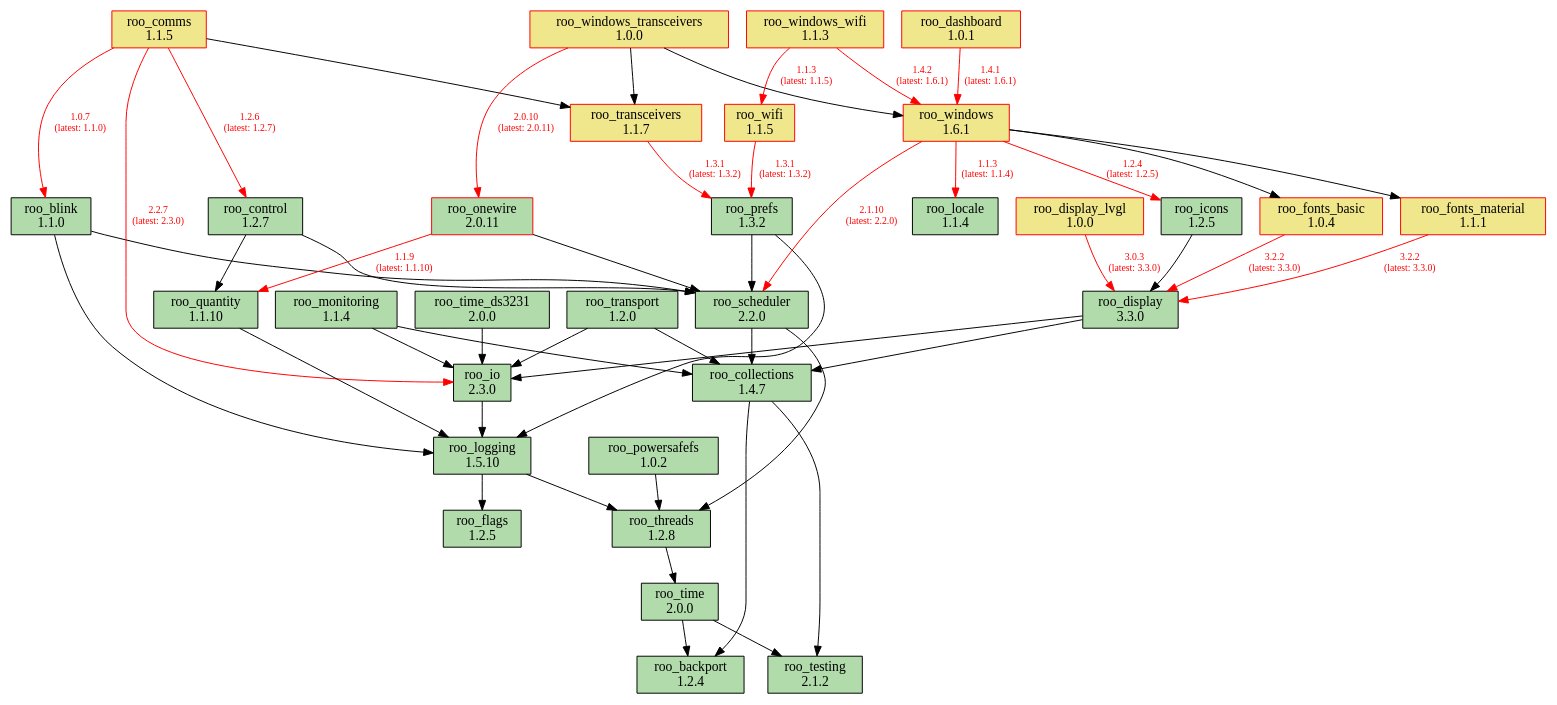
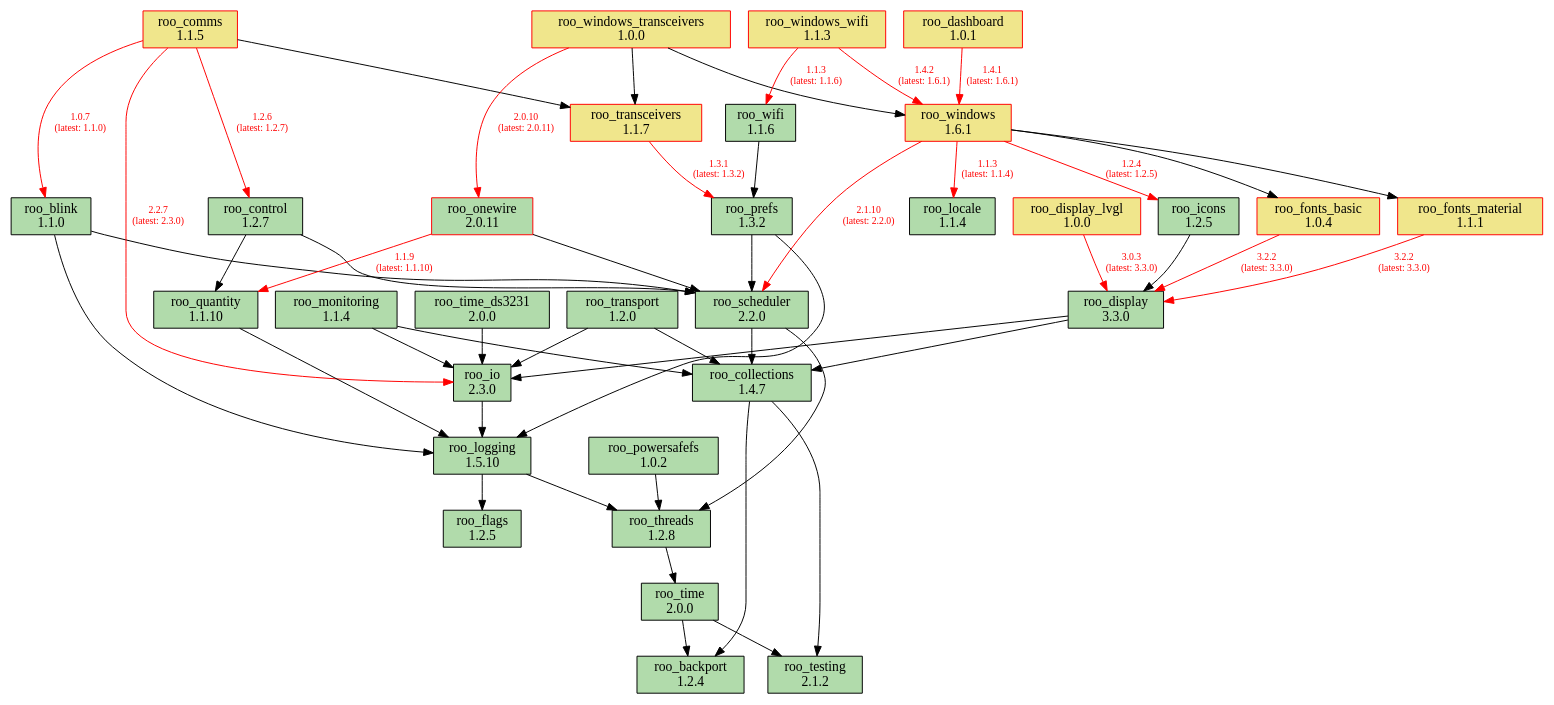
One commit to dejwk/roo-registry changed the diagram in doc/dependencies.dot. Above: the diagram before and after it, drawn with Graphviz. The commit also changed 3 other files, not shown here.

Commit message:
Added roo_wifi 1.1.6 to the registry.

```diff
--- a/doc/dependencies.dot
+++ b/doc/dependencies.dot
@@ -1,88 +1,88 @@
 digraph dependencies {
     rankdir=TB;
     node [shape=box, style=filled];
     edge [fontsize=10];
 
     // Modules
     "roo_backport" [label="roo_backport\n1.2.4", fillcolor="#b1dbab", color="black"];
     "roo_blink" [label="roo_blink\n1.1.0", fillcolor="#b1dbab", color="black"];
     "roo_collections" [label="roo_collections\n1.4.7", fillcolor="#b1dbab", color="black"];
     "roo_comms" [label="roo_comms\n1.1.5", fillcolor="khaki", color="red"];
     "roo_control" [label="roo_control\n1.2.7", fillcolor="#b1dbab", color="black"];
     "roo_dashboard" [label="roo_dashboard\n1.0.1", fillcolor="khaki", color="red"];
     "roo_display" [label="roo_display\n3.3.0", fillcolor="#b1dbab", color="black"];
     "roo_display_lvgl" [label="roo_display_lvgl\n1.0.0", fillcolor="khaki", color="red"];
     "roo_flags" [label="roo_flags\n1.2.5", fillcolor="#b1dbab", color="black"];
     "roo_fonts_basic" [label="roo_fonts_basic\n1.0.4", fillcolor="khaki", color="red"];
     "roo_fonts_material" [label="roo_fonts_material\n1.1.1", fillcolor="khaki", color="red"];
     "roo_icons" [label="roo_icons\n1.2.5", fillcolor="#b1dbab", color="black"];
     "roo_io" [label="roo_io\n2.3.0", fillcolor="#b1dbab", color="black"];
     "roo_locale" [label="roo_locale\n1.1.4", fillcolor="#b1dbab", color="black"];
     "roo_logging" [label="roo_logging\n1.5.10", fillcolor="#b1dbab", color="black"];
     "roo_monitoring" [label="roo_monitoring\n1.1.4", fillcolor="#b1dbab", color="black"];
     "roo_onewire" [label="roo_onewire\n2.0.11", fillcolor="#b1dbab", color="red"];
     "roo_powersafefs" [label="roo_powersafefs\n1.0.2", fillcolor="#b1dbab", color="black"];
     "roo_prefs" [label="roo_prefs\n1.3.2", fillcolor="#b1dbab", color="black"];
     "roo_quantity" [label="roo_quantity\n1.1.10", fillcolor="#b1dbab", color="black"];
     "roo_scheduler" [label="roo_scheduler\n2.2.0", fillcolor="#b1dbab", color="black"];
     "roo_testing" [label="roo_testing\n2.1.2", fillcolor="#b1dbab", color="black"];
     "roo_threads" [label="roo_threads\n1.2.8", fillcolor="#b1dbab", color="black"];
     "roo_time" [label="roo_time\n2.0.0", fillcolor="#b1dbab", color="black"];
     "roo_time_ds3231" [label="roo_time_ds3231\n2.0.0", fillcolor="#b1dbab", color="black"];
     "roo_transceivers" [label="roo_transceivers\n1.1.7", fillcolor="khaki", color="red"];
     "roo_transport" [label="roo_transport\n1.2.0", fillcolor="#b1dbab", color="black"];
-    "roo_wifi" [label="roo_wifi\n1.1.5", fillcolor="khaki", color="red"];
+    "roo_wifi" [label="roo_wifi\n1.1.6", fillcolor="#b1dbab", color="black"];
     "roo_windows" [label="roo_windows\n1.6.1", fillcolor="khaki", color="red"];
     "roo_windows_transceivers" [label="roo_windows_transceivers\n1.0.0", fillcolor="khaki", color="red"];
     "roo_windows_wifi" [label="roo_windows_wifi\n1.1.3", fillcolor="khaki", color="red"];
 
     // Dependencies
     "roo_blink" -> "roo_logging";
     "roo_blink" -> "roo_scheduler";
     "roo_collections" -> "roo_testing";
     "roo_collections" -> "roo_backport";
     "roo_comms" -> "roo_blink" [color=red, fontcolor=red, label="1.0.7\n(latest: 1.1.0)"];
     "roo_comms" -> "roo_control" [color=red, fontcolor=red, label="1.2.6\n(latest: 1.2.7)"];
     "roo_comms" -> "roo_io" [color=red, fontcolor=red, label="2.2.7\n(latest: 2.3.0)"];
     "roo_comms" -> "roo_transceivers";
     "roo_control" -> "roo_quantity";
     "roo_control" -> "roo_scheduler";
     "roo_dashboard" -> "roo_windows" [color=red, fontcolor=red, label="1.4.1\n(latest: 1.6.1)"];
     "roo_display" -> "roo_collections";
     "roo_display" -> "roo_io";
     "roo_display_lvgl" -> "roo_display" [color=red, fontcolor=red, label="3.0.3\n(latest: 3.3.0)"];
     "roo_fonts_basic" -> "roo_display" [color=red, fontcolor=red, label="3.2.2\n(latest: 3.3.0)"];
     "roo_fonts_material" -> "roo_display" [color=red, fontcolor=red, label="3.2.2\n(latest: 3.3.0)"];
     "roo_icons" -> "roo_display";
     "roo_io" -> "roo_logging";
     "roo_logging" -> "roo_flags";
     "roo_logging" -> "roo_threads";
     "roo_monitoring" -> "roo_collections";
     "roo_monitoring" -> "roo_io";
     "roo_onewire" -> "roo_scheduler";
     "roo_onewire" -> "roo_quantity" [color=red, fontcolor=red, label="1.1.9\n(latest: 1.1.10)"];
     "roo_powersafefs" -> "roo_threads";
     "roo_prefs" -> "roo_logging";
     "roo_prefs" -> "roo_scheduler";
     "roo_quantity" -> "roo_logging";
     "roo_scheduler" -> "roo_collections";
     "roo_scheduler" -> "roo_threads";
     "roo_threads" -> "roo_time";
     "roo_time" -> "roo_testing";
     "roo_time" -> "roo_backport";
     "roo_time_ds3231" -> "roo_io";
     "roo_transceivers" -> "roo_prefs" [color=red, fontcolor=red, label="1.3.1\n(latest: 1.3.2)"];
     "roo_transport" -> "roo_collections";
     "roo_transport" -> "roo_io";
-    "roo_wifi" -> "roo_prefs" [color=red, fontcolor=red, label="1.3.1\n(latest: 1.3.2)"];
+    "roo_wifi" -> "roo_prefs";
     "roo_windows" -> "roo_fonts_basic";
     "roo_windows" -> "roo_fonts_material";
     "roo_windows" -> "roo_locale" [color=red, fontcolor=red, label="1.1.3\n(latest: 1.1.4)"];
     "roo_windows" -> "roo_icons" [color=red, fontcolor=red, label="1.2.4\n(latest: 1.2.5)"];
     "roo_windows" -> "roo_scheduler" [color=red, fontcolor=red, label="2.1.10\n(latest: 2.2.0)"];
     "roo_windows_transceivers" -> "roo_onewire" [color=red, fontcolor=red, label="2.0.10\n(latest: 2.0.11)"];
     "roo_windows_transceivers" -> "roo_transceivers";
     "roo_windows_transceivers" -> "roo_windows";
-    "roo_windows_wifi" -> "roo_wifi" [color=red, fontcolor=red, label="1.1.3\n(latest: 1.1.5)"];
+    "roo_windows_wifi" -> "roo_wifi" [color=red, fontcolor=red, label="1.1.3\n(latest: 1.1.6)"];
     "roo_windows_wifi" -> "roo_windows" [color=red, fontcolor=red, label="1.4.2\n(latest: 1.6.1)"];
 }
```
